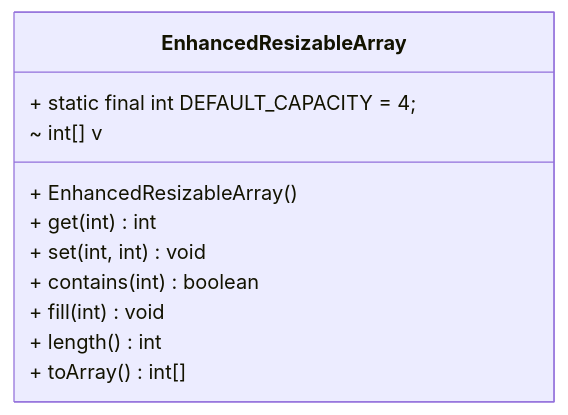
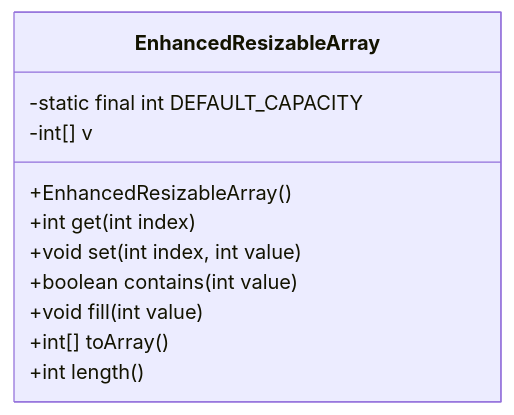
One commit to nbicocchi/learn-java-core changed the sixth of 13 diagrams in code/exercises/src/main/java/com/nbicocchi/exercises/oop/README.md. Above: the diagram before and after it, drawn with Mermaid. The commit also changed other lines of this file and 6 other files, not shown here.

````diff
--- a/code/exercises/src/main/java/com/nbicocchi/exercises/oop/README.md
+++ b/code/exercises/src/main/java/com/nbicocchi/exercises/oop/README.md
@@ -190,15 +184,14 @@
 ```mermaid
 classDiagram
-direction BT
-class EnhancedResizableArray {
-  + static final int DEFAULT_CAPACITY = 4;
-  ~ int[] v
-  + EnhancedResizableArray() 
-  + get(int) int
-  + set(int, int) void
-  + contains(int) boolean
-  + fill(int) void
-  + length() int
-  + toArray() int[]
-}
+    class EnhancedResizableArray {
+        -static final int DEFAULT_CAPACITY
+        -int[] v
+        +EnhancedResizableArray()
+        +int get(int index)
+        +void set(int index, int value)
+        +boolean contains(int value)
+        +void fill(int value)
+        +int[] toArray()
+        +int length()
+    }
 ```
````
